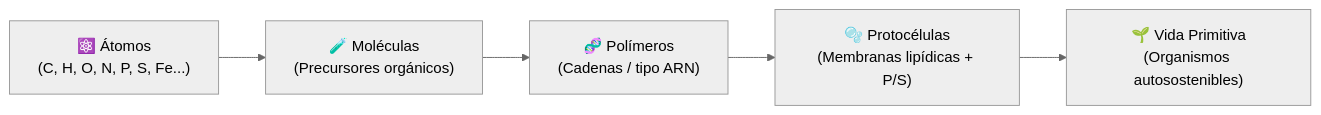
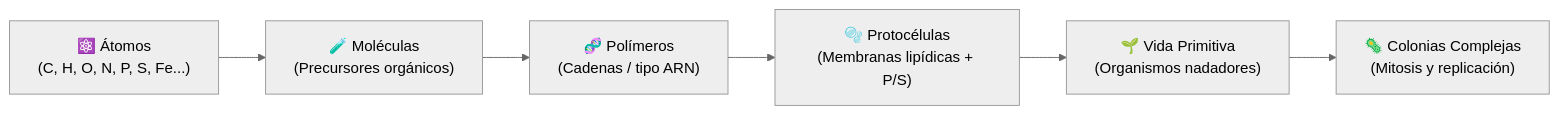
The diagram in README.es.md (aoxilus/atmosfera), drawn with Mermaid (neutral theme) before and after one commit. The commit also changed other lines of this file and 3 other files, not shown here.

````diff
--- a/README.es.md
+++ b/README.es.md
@@ -52,7 +56,8 @@
 ```mermaid
 flowchart LR
     A["⚛️ Átomos<br>(C, H, O, N, P, S, Fe...)"] --> B["🧪 Moléculas<br>(Precursores orgánicos)"]
     B --> C["🧬 Polímeros<br>(Cadenas / tipo ARN)"]
     C --> D["🫧 Protocélulas<br>(Membranas lipídicas + P/S)"]
-    D --> E["🌱 Vida Primitiva<br>(Organismos autosostenibles)"]
+    D --> E["🌱 Vida Primitiva<br>(Organismos nadadores)"]
+    E --> F["🦠 Colonias Complejas<br>(Mitosis y replicación)"]
 ```
````
